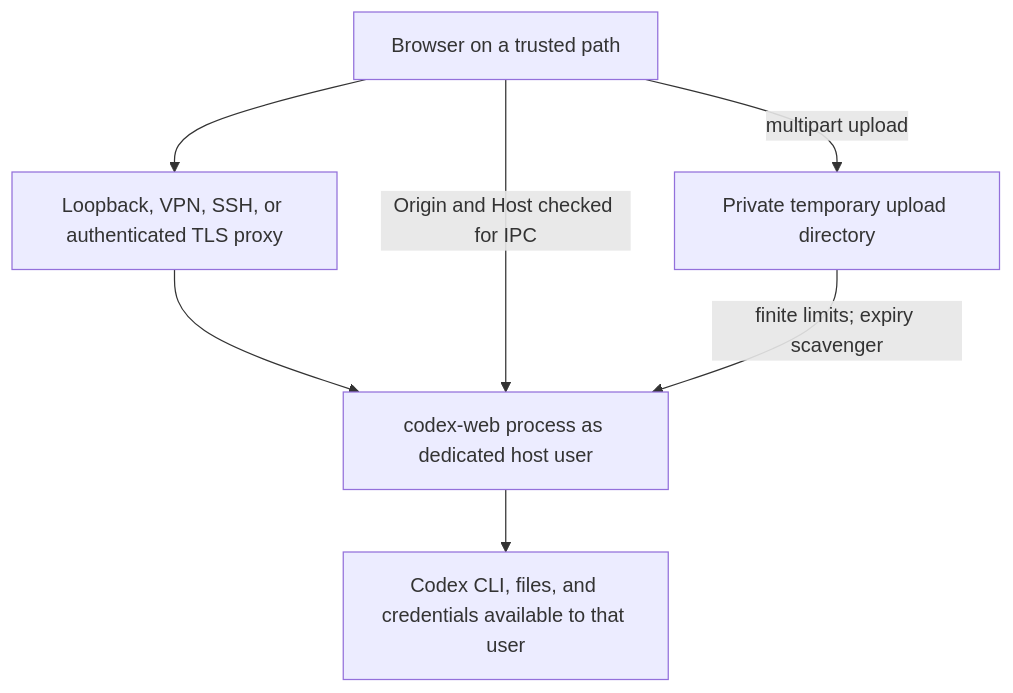
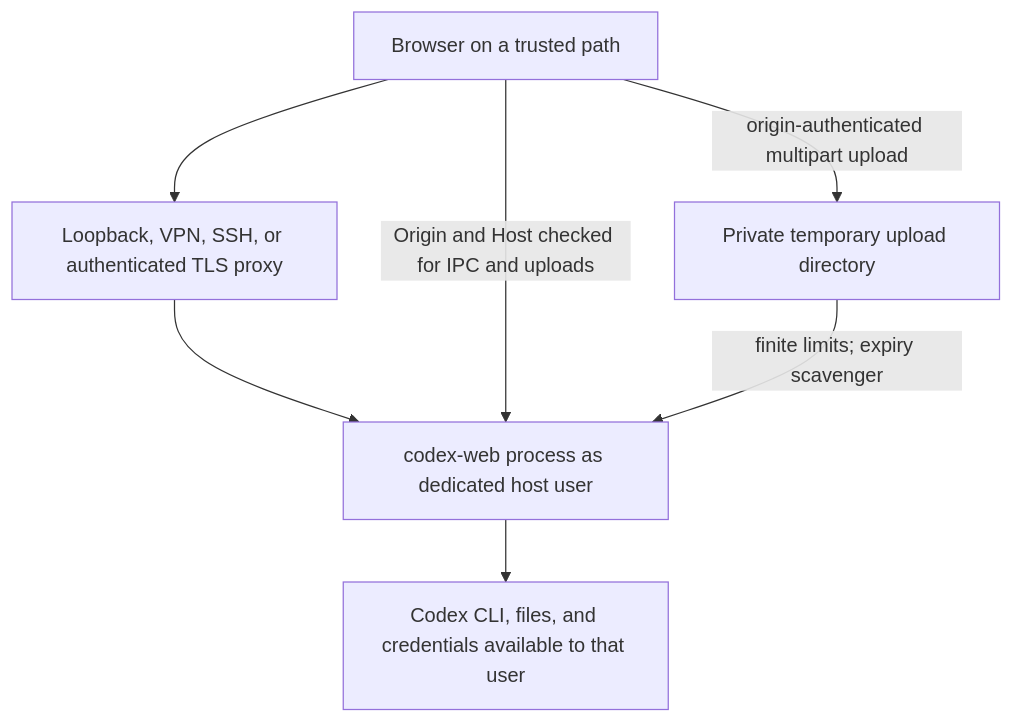
The third of 3 diagrams in ARCHITECTURE.md (0xcaff/codex-web), drawn with Mermaid before and after one commit. The commit also changed other lines of this file and 6 other files, not shown here.

````diff
--- a/ARCHITECTURE.md
+++ b/ARCHITECTURE.md
@@ -64,9 +64,9 @@
 ```mermaid
 flowchart TB
   B["Browser on a trusted path"] --> P["Loopback, VPN, SSH, or authenticated TLS proxy"]
   P --> S["codex-web process as dedicated host user"]
   S --> C["Codex CLI, files, and credentials available to that user"]
-  B -->|"Origin and Host checked for IPC"| S
-  B -->|"multipart upload"| U["Private temporary upload directory"]
+  B -->|"Origin and Host checked for IPC and uploads"| S
+  B -->|"origin-authenticated multipart upload"| U["Private temporary upload directory"]
   U -->|"finite limits; expiry scavenger"| S
 ```
````
